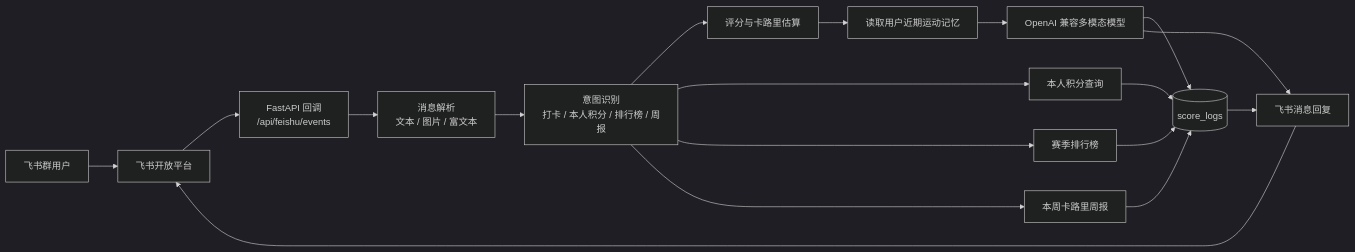
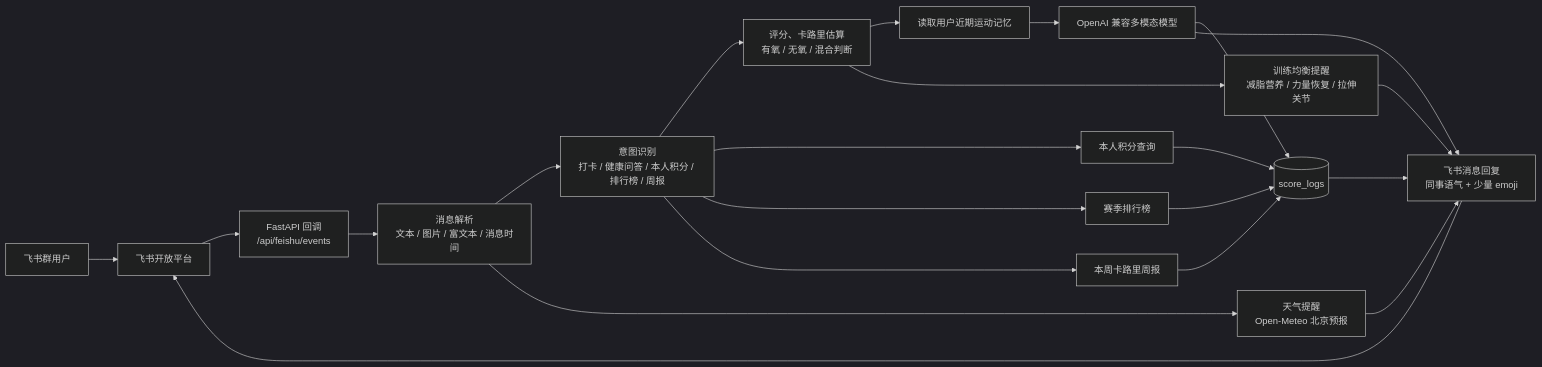
Before and after one commit to zfyaryan-wq/GYM-Assistant: the diagram in README.md, drawn with Mermaid (dark theme). The commit also changed other lines of this file and 1 other file, not shown here.

Commit message:
Update README architecture and features

````diff
--- a/README.md
+++ b/README.md
@@ -23,25 +26,30 @@
 ```mermaid
 flowchart LR
     user[飞书群用户] --> feishu[飞书开放平台]
     feishu --> webhook[FastAPI 回调<br/>/api/feishu/events]
 
-    webhook --> parser[消息解析<br/>文本 / 图片 / 富文本]
-    parser --> intent[意图识别<br/>打卡 / 本人积分 / 排行榜 / 周报]
+    webhook --> parser[消息解析<br/>文本 / 图片 / 富文本 / 消息时间]
+    parser --> intent[意图识别<br/>打卡 / 健康问答 / 本人积分 / 排行榜 / 周报]
 
-    intent --> grading[评分与卡路里估算]
+    intent --> grading[评分、卡路里估算<br/>有氧 / 无氧 / 混合判断]
     grading --> memory[读取用户近期运动记忆]
     memory --> llm[OpenAI 兼容多模态模型]
     llm --> log[(score_logs)]
+
+    grading --> balance[训练均衡提醒<br/>减脂营养 / 力量恢复 / 拉伸关节]
+    parser --> weather[天气提醒<br/>Open-Meteo 北京预报]
+    weather --> reply
+    balance --> reply
 
     intent --> score[本人积分查询]
     intent --> leaderboard[赛季排行榜]
     intent --> weekly[本周卡路里周报]
 
     score --> log
     leaderboard --> log
     weekly --> log
 
-    log --> reply[飞书消息回复]
+    log --> reply[飞书消息回复<br/>同事语气 + 少量 emoji]
     llm --> reply
     reply --> feishu
 ```
````
